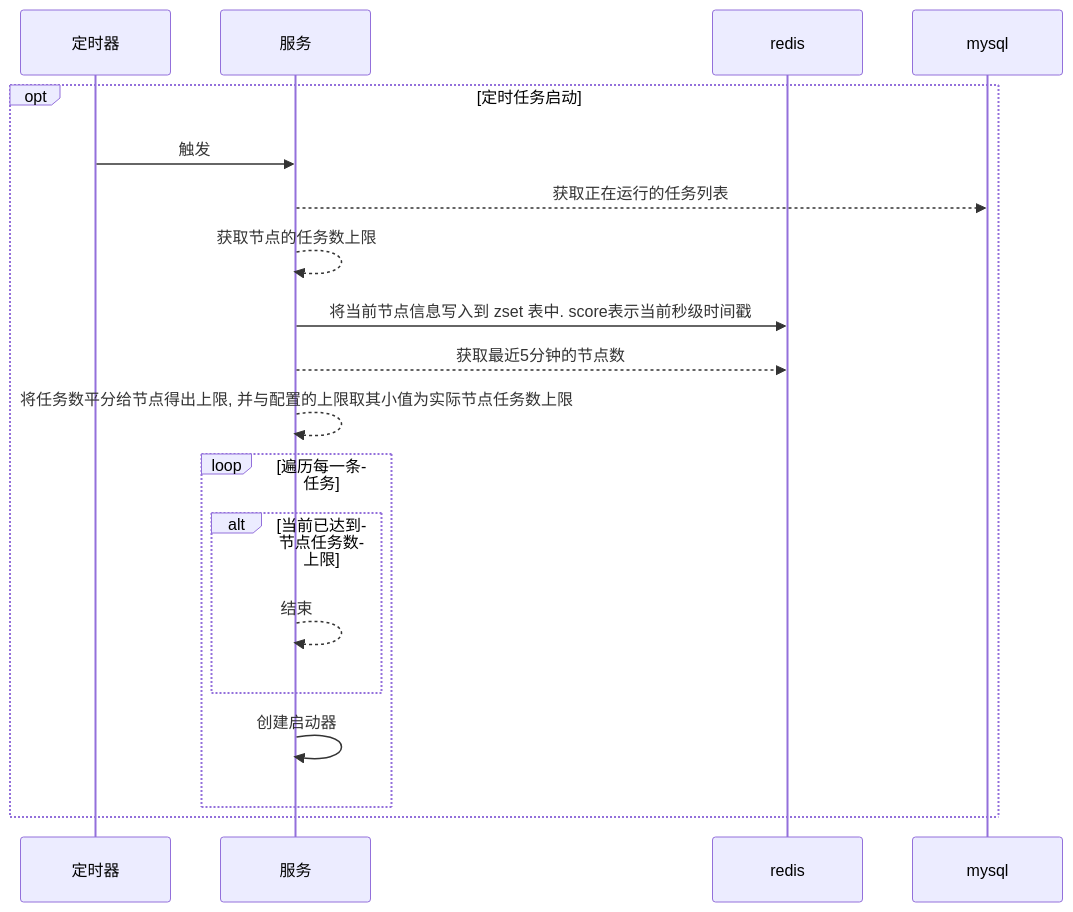
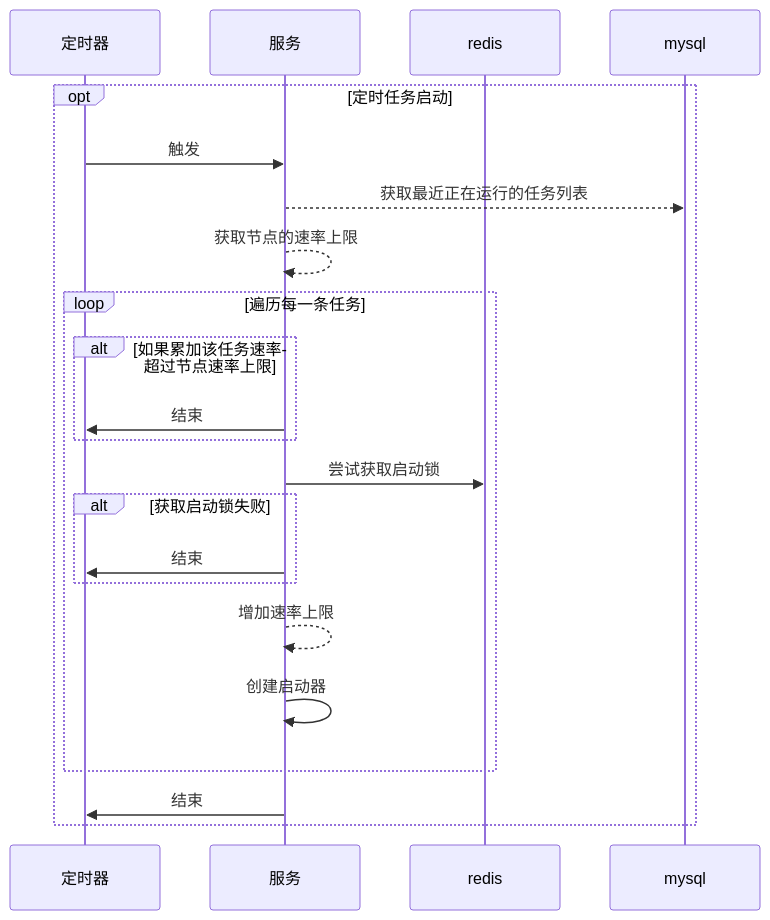
Before and after one commit to zlyuancn/batch_job: the fourth of 5 diagrams in readme.md, drawn with Mermaid. The commit also changed other lines of this file and 15 other files, not shown here.

````diff
--- a/readme.md
+++ b/readme.md
@@ -199,24 +199,27 @@
 ```mermaid
 sequenceDiagram
 participant a as 定时器
 participant b as 服务
 participant c as redis
 participant d as mysql
 
 opt 定时任务启动
 a ->> b: 触发
 
-b -->> d: 获取正在运行的任务列表
-b -->> b: 获取节点的任务数上限
-b ->> c: 将当前节点信息写入到 zset 表中. score表示当前秒级时间戳
-b -->> c: 获取最近5分钟的节点数
-b -->> b: 将任务数平分给节点得出上限, 并与配置的上限取其小值为实际节点任务数上限
+b -->> d: 获取最近正在运行的任务列表
+b -->> b: 获取节点的速率上限
 
 loop 遍历每一条任务
-  alt 当前已达到节点任务数上限
-    b -->> b: 结束
+  alt 如果累加该任务速率超过节点速率上限
+    b ->> a: 结束
   end
+  b ->> c: 尝试获取启动锁
+  alt 获取启动锁失败
+    b ->> a: 结束
+  end
+  b -->> b: 增加速率上限
   b ->> b: 创建启动器
 end
+b ->> a: 结束
 end
 ```
````
